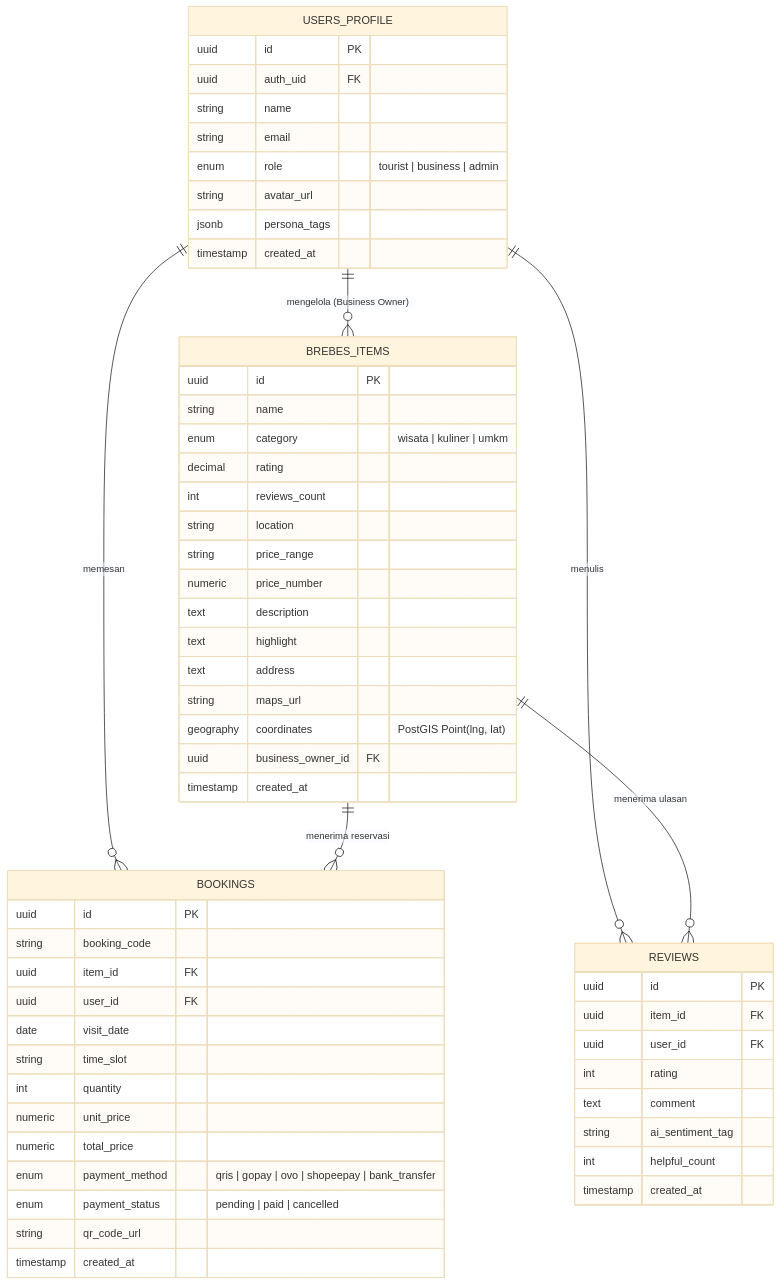
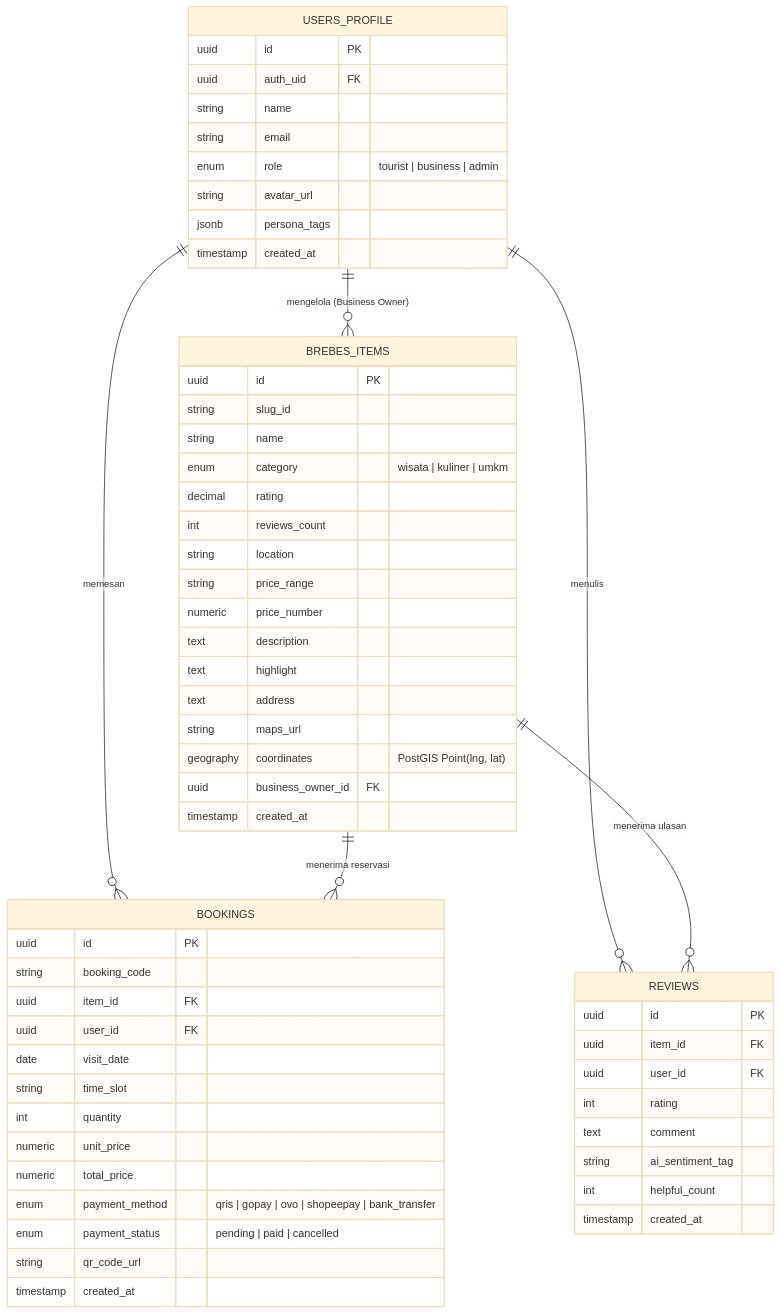
The diagram in docs/supabase_architecture.md (syamsulamin/hackatho-ai-gemma4), drawn with Mermaid (base theme) before and after one commit. The commit also changed other lines of this file, not shown here.

Commit message:
docs: add complete SQL seed data for users, catalog items, bookings, and reviews in Supabase architecture

````diff
--- a/docs/supabase_architecture.md
+++ b/docs/supabase_architecture.md
@@ -19,64 +19,65 @@
 ```mermaid
 erDiagram
     USERS_PROFILE ||--o{ BOOKINGS : "memesan"
     USERS_PROFILE ||--o{ REVIEWS : "menulis"
     USERS_PROFILE ||--o{ BREBES_ITEMS : "mengelola (Business Owner)"
     BREBES_ITEMS ||--o{ BOOKINGS : "menerima reservasi"
     BREBES_ITEMS ||--o{ REVIEWS : "menerima ulasan"
 
     USERS_PROFILE {
         uuid id PK
         uuid auth_uid FK
         string name
         string email
         enum role "tourist | business | admin"
         string avatar_url
         jsonb persona_tags
         timestamp created_at
     }
 
     BREBES_ITEMS {
         uuid id PK
+        string slug_id
         string name
         enum category "wisata | kuliner | umkm"
         decimal rating
         int reviews_count
         string location
         string price_range
         numeric price_number
         text description
         text highlight
         text address
         string maps_url
         geography coordinates "PostGIS Point(lng, lat)"
         uuid business_owner_id FK
         timestamp created_at
     }
 
     BOOKINGS {
         uuid id PK
         string booking_code
         uuid item_id FK
         uuid user_id FK
         date visit_date
         string time_slot
         int quantity
         numeric unit_price
         numeric total_price
         enum payment_method "qris | gopay | ovo | shopeepay | bank_transfer"
         enum payment_status "pending | paid | cancelled"
         string qr_code_url
         timestamp created_at
     }
 
     REVIEWS {
         uuid id PK
         uuid item_id FK
         uuid user_id FK
         int rating
         text comment
         string ai_sentiment_tag
         int helpful_count
         timestamp created_at
     }
 ```
````
